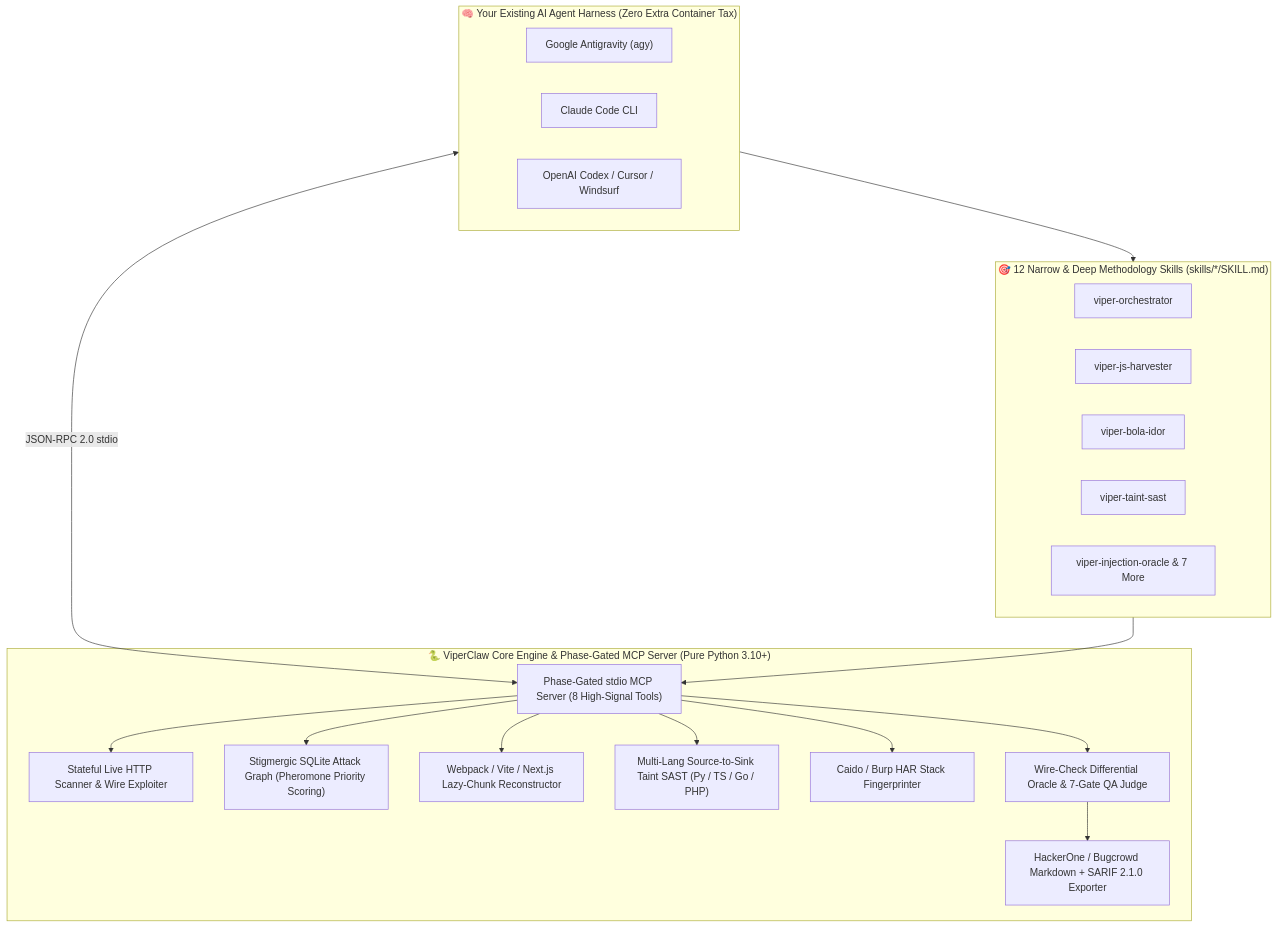
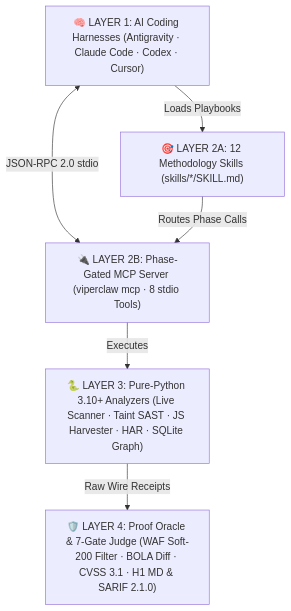
The diagram in README.md (zahidoverflow/viperclaw), drawn with Mermaid before and after one commit. The commit also changed other lines of this file and 2 other files, not shown here.

Commit message:
docs(readme,ui): redesign README with Bento Grid, 4-layer architecture.svg, compact tables, and scannable UX

````diff
--- a/README.md
+++ b/README.md
@@ -65,38 +99,14 @@
 ```mermaid
-flowchart TD
-    subgraph Harnesses["🧠 Your Existing AI Agent Harness (Zero Extra Container Tax)"]
-        AGY["Google Antigravity (agy)"]
-        CC["Claude Code CLI"]
-        CDX["OpenAI Codex / Cursor / Windsurf"]
-    end
+flowchart TB
+    L1["🧠 LAYER 1: AI Coding Harnesses (Antigravity · Claude Code · Codex · Cursor)"]
+    L2A["🎯 LAYER 2A: 12 Methodology Skills (skills/*/SKILL.md)"]
+    L2B["🔌 LAYER 2B: Phase-Gated MCP Server (viperclaw mcp · 8 stdio Tools)"]
+    L3["🐍 LAYER 3: Pure-Python 3.10+ Analyzers (Live Scanner · Taint SAST · JS Harvester · HAR · SQLite Graph)"]
+    L4["🛡️ LAYER 4: Proof Oracle & 7-Gate Judge (WAF Soft-200 Filter · BOLA Diff · CVSS 3.1 · H1 MD & SARIF 2.1.0)"]
 
-    subgraph Skills["🎯 12 Narrow & Deep Methodology Skills (skills/*/SKILL.md)"]
-        S1["viper-orchestrator"]
-        S2["viper-js-harvester"]
-        S3["viper-bola-idor"]
-        S4["viper-taint-sast"]
-        S5["viper-injection-oracle & 7 More"]
-    end
-
-    subgraph Engine["🐍 ViperClaw Core Engine & Phase-Gated MCP Server (Pure Python 3.10+)"]
-        MCP["Phase-Gated stdio MCP Server (8 High-Signal Tools)"]
-        LIVE["Stateful Live HTTP Scanner & Wire Exploiter"]
-        GRAPH["Stigmergic SQLite Attack Graph (Pheromone Priority Scoring)"]
-        JS["Webpack / Vite / Next.js Lazy-Chunk Reconstructor"]
-        TAINT["Multi-Lang Source-to-Sink Taint SAST (Py / TS / Go / PHP)"]
-        FP["Caido / Burp HAR Stack Fingerprinter"]
-        ORACLE["Wire-Check Differential Oracle & 7-Gate QA Judge"]
-        REP["HackerOne / Bugcrowd Markdown + SARIF 2.1.0 Exporter"]
-    end
-
-    Harnesses --> Skills
-    Harnesses <-->|JSON-RPC 2.0 stdio| MCP
-    Skills --> MCP
-    MCP --> LIVE
-    MCP --> GRAPH
-    MCP --> JS
-    MCP --> TAINT
-    MCP --> FP
-    MCP --> ORACLE
-    ORACLE --> REP
+    L1 -->|Loads Playbooks| L2A
+    L1 <-->|JSON-RPC 2.0 stdio| L2B
+    L2A -->|Routes Phase Calls| L2B
+    L2B -->|Executes| L3
+    L3 -->|Raw Wire Receipts| L4
 ```
````
